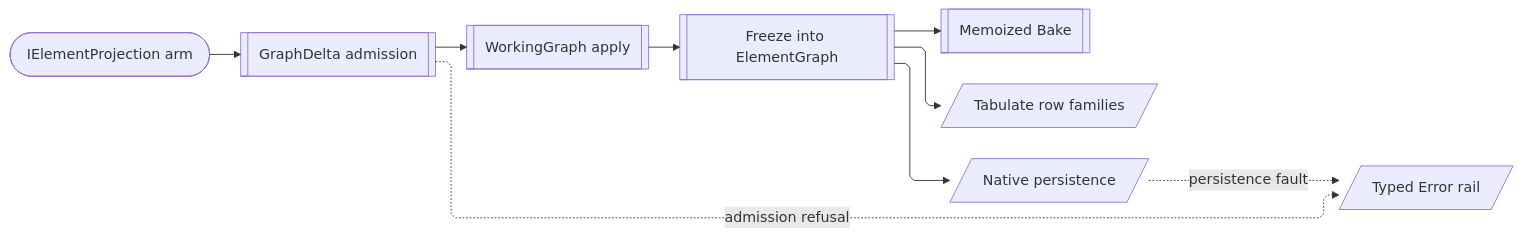
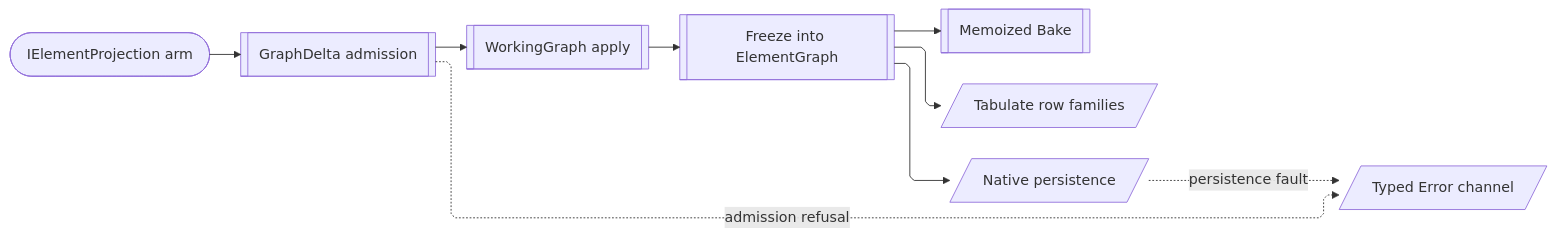
The fourth of 4 diagrams in libs/dotnet/Rasm.Element/ARCHITECTURE.md (bsamiee/Rasm), drawn with Mermaid before and after one commit. The commit also changed other lines of this file and 1997 other files, not shown here.

````diff
--- a/libs/dotnet/Rasm.Element/ARCHITECTURE.md
+++ b/libs/dotnet/Rasm.Element/ARCHITECTURE.md
@@ -243,20 +243,20 @@
 ```mermaid
 ---
 config:
   layout: elk
   flowchart:
     curve: linear
     padding: 25
 ---
 flowchart LR
     accTitle: Rasm.Element graph spine
     accDescr: How a projected delta becomes the frozen graph every consumer bakes, tables, and persists with no second stored record.
     Provider(["IElementProjection arm"]) e1@--> Admit[[GraphDelta admission]]
     Admit e2@--> Working[[WorkingGraph apply]]
     Working e3@--> Freeze[[Freeze into ElementGraph]]
     Freeze e4@--> Bake[[Memoized Bake]]
     Freeze e5@--> TableEg[/Tabulate row families/]
     Freeze e6@--> Persist[/Native persistence/]
-    Admit f1@-.->|"admission refusal"| Fault[/Typed Error rail/]
+    Admit f1@-.->|"admission refusal"| Fault[/Typed Error channel/]
     Persist f2@-.->|"persistence fault"| Fault
 ```
````
